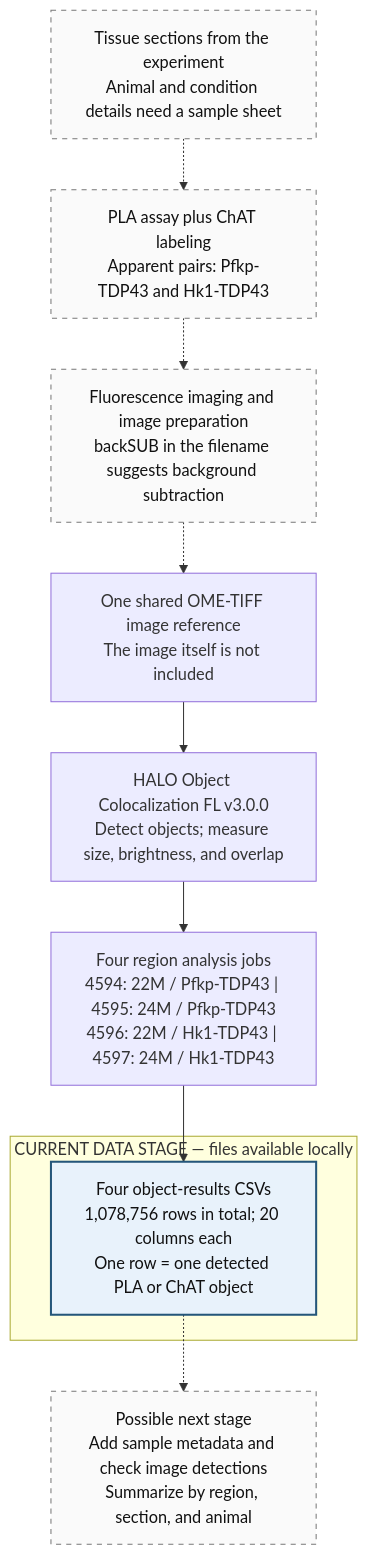
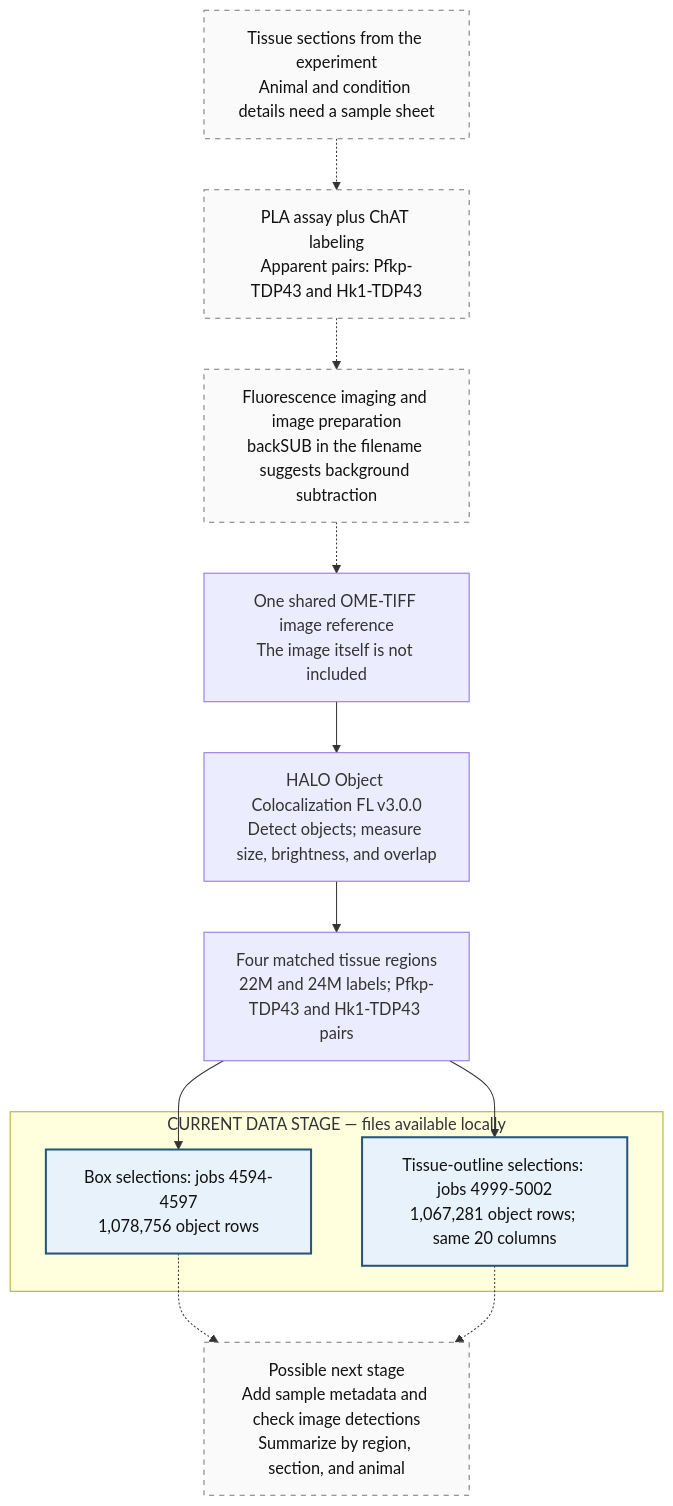
The diagram in README.md (adamwbrew/Bio_Data_Analysis), drawn with Mermaid before and after one commit. The commit also changed other lines of this file and 126 other files, not shown here.

````diff
--- a/README.md
+++ b/README.md
@@ -36,28 +56,31 @@
 ```mermaid
 flowchart TD
     A["Tissue sections from the experiment<br/>Animal and condition details need a sample sheet"]
     B["PLA assay plus ChAT labeling<br/>Apparent pairs: Pfkp-TDP43 and Hk1-TDP43"]
     C["Fluorescence imaging and image preparation<br/>backSUB in the filename suggests background subtraction"]
     D["One shared OME-TIFF image reference<br/>The image itself is not included"]
     E["HALO Object Colocalization FL v3.0.0<br/>Detect objects; measure size, brightness, and overlap"]
-    F["Four region analysis jobs<br/>4594: 22M / Pfkp-TDP43 | 4595: 24M / Pfkp-TDP43<br/>4596: 22M / Hk1-TDP43 | 4597: 24M / Hk1-TDP43"]
+    F["Four matched tissue regions<br/>22M and 24M labels; Pfkp-TDP43 and Hk1-TDP43 pairs"]
 
     subgraph current["CURRENT DATA STAGE — files available locally"]
-        G["Four object-results CSVs<br/>1,078,756 rows in total; 20 columns each<br/>One row = one detected PLA or ChAT object"]
+        G["Box selections: jobs 4594-4597<br/>1,078,756 object rows"]
+        J["Tissue-outline selections: jobs 4999-5002<br/>1,067,281 object rows; same 20 columns"]
     end
 
     H["Possible next stage<br/>Add sample metadata and check image detections<br/>Summarize by region, section, and animal"]
 
     A -.-> B
     B -.-> C
     C -.-> D
     D --> E
     E --> F
     F --> G
+    F --> J
     G -.-> H
+    J -.-> H
 
     classDef present fill:#e8f2fb,stroke:#24567a,stroke-width:2px,color:#111;
     classDef inferred fill:#fafafa,stroke:#777,stroke-dasharray:5 5,color:#111;
-    class G present;
+    class G,J present;
     class A,B,C,H inferred;
 ```
````
